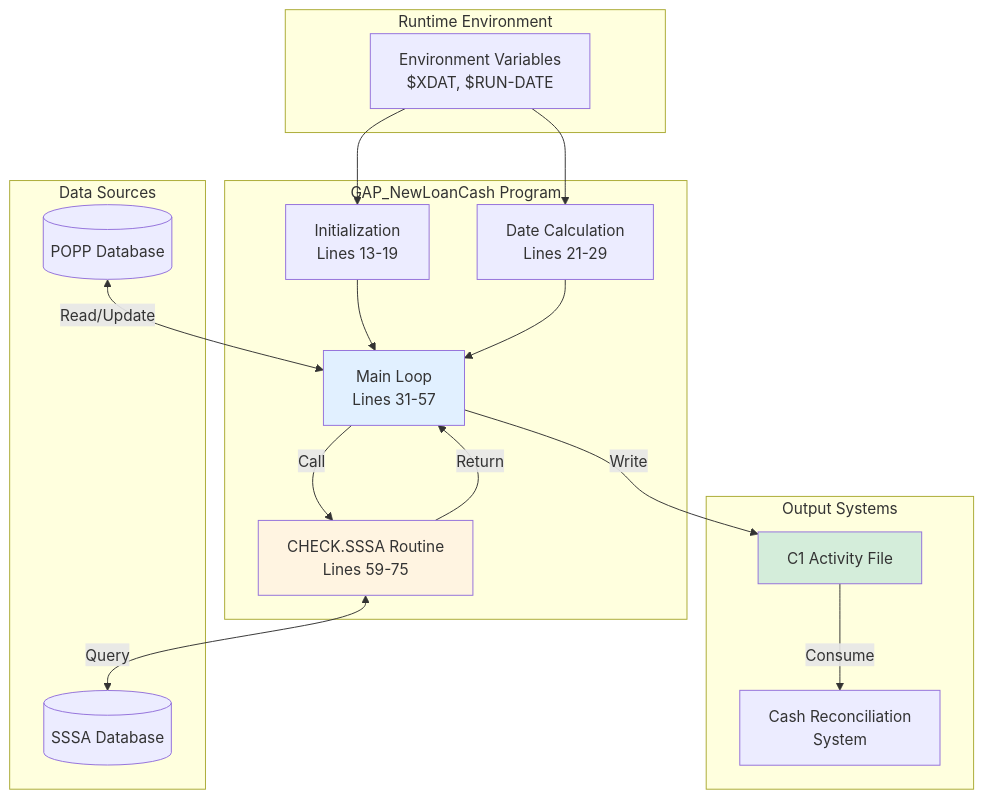
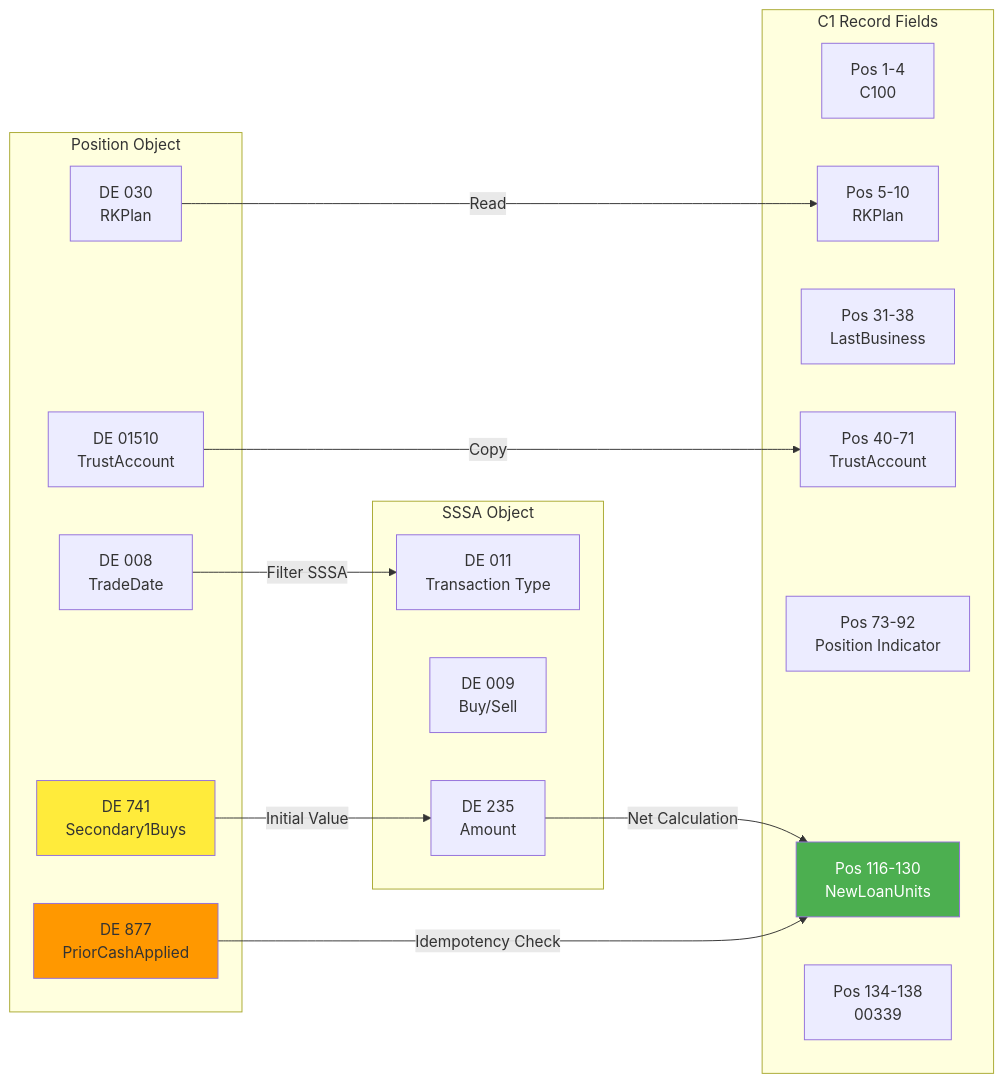
The sixth of 10 diagrams in omniscript-documentation/santized/GAP_NewLoanCash/GAP_NewLoanCash_DIAGRAMS.md (danismith-slalom1/bokf-poc), drawn with Mermaid before and after one commit. The commit also changed other lines of this file and 21 other files, not shown here.

````diff
--- a/omniscript-documentation/santized/GAP_NewLoanCash/GAP_NewLoanCash_DIAGRAMS.md
+++ b/omniscript-documentation/santized/GAP_NewLoanCash/GAP_NewLoanCash_DIAGRAMS.md
@@ -247,40 +324,37 @@
 ```mermaid
-graph TB
-    subgraph "Runtime Environment"
-        ENV[Environment Variables<br/>$XDAT, $RUN-DATE]
+flowchart LR
+    subgraph Position Object
+        DE030[DE 030<br/>RKPlan]
+        DE008[DE 008<br/>TradeDate]
+        DE741[DE 741<br/>Secondary1Buys]
+        DE877[DE 877<br/>PriorCashApplied]
+        DE1510[DE 01510<br/>TrustAccount]
     end
     
-    subgraph "GAP_NewLoanCash Program"
-        INIT[Initialization<br/>Lines 13-19]
-        DATE[Date Calculation<br/>Lines 21-29]
-        MAIN[Main Loop<br/>Lines 31-57]
-        ROUT[CHECK.SSSA Routine<br/>Lines 59-75]
+    subgraph SSSA Object
+        DE011[DE 011<br/>Transaction Type]
+        DE009[DE 009<br/>Buy/Sell]
+        DE235[DE 235<br/>Amount]
     end
     
-    subgraph "Data Sources"
-        POPPDB[(POPP Database)]
-        SSSADB[(SSSA Database)]
+    subgraph C1 Record Fields
+        C1TYPE[Pos 1-4<br/>C100]
+        C1PLAN[Pos 5-10<br/>RKPlan]
+        C1DATE[Pos 31-38<br/>LastBusiness]
+        C1ACCT[Pos 40-71<br/>TrustAccount]
+        C1POS92[Pos 73-92<br/>Position Indicator]
+        C1UNITS[Pos 116-130<br/>NewLoanUnits]
+        C1CODE[Pos 134-138<br/>00339]
     end
     
-    subgraph "Output Systems"
-        OUTFILE[C1 Activity File]
-        RECON[Cash Reconciliation<br/>System]
-    end
+    DE030 -->|Read| C1PLAN
+    DE008 -->|Filter SSSA| DE011
+    DE741 -->|Initial Value| DE235
+    DE235 -->|Net Calculation| C1UNITS
+    DE877 -->|Idempotency Check| C1UNITS
+    DE1510 -->|Copy| C1ACCT
     
-    ENV --> INIT
-    ENV --> DATE
-    INIT --> MAIN
-    DATE --> MAIN
-    
-    POPPDB <-->|Read/Update| MAIN
-    MAIN -->|Call| ROUT
-    ROUT <-->|Query| SSSADB
-    ROUT -->|Return| MAIN
-    
-    MAIN -->|Write| OUTFILE
-    OUTFILE -->|Consume| RECON
-    
-    style MAIN fill:#e1f0ff
-    style ROUT fill:#fff4e1
-    style OUTFILE fill:#d4edda
+    style DE741 fill:#FFEB3B
+    style DE877 fill:#FF9800
+    style C1UNITS fill:#4CAF50,color:#fff
 ```
````
